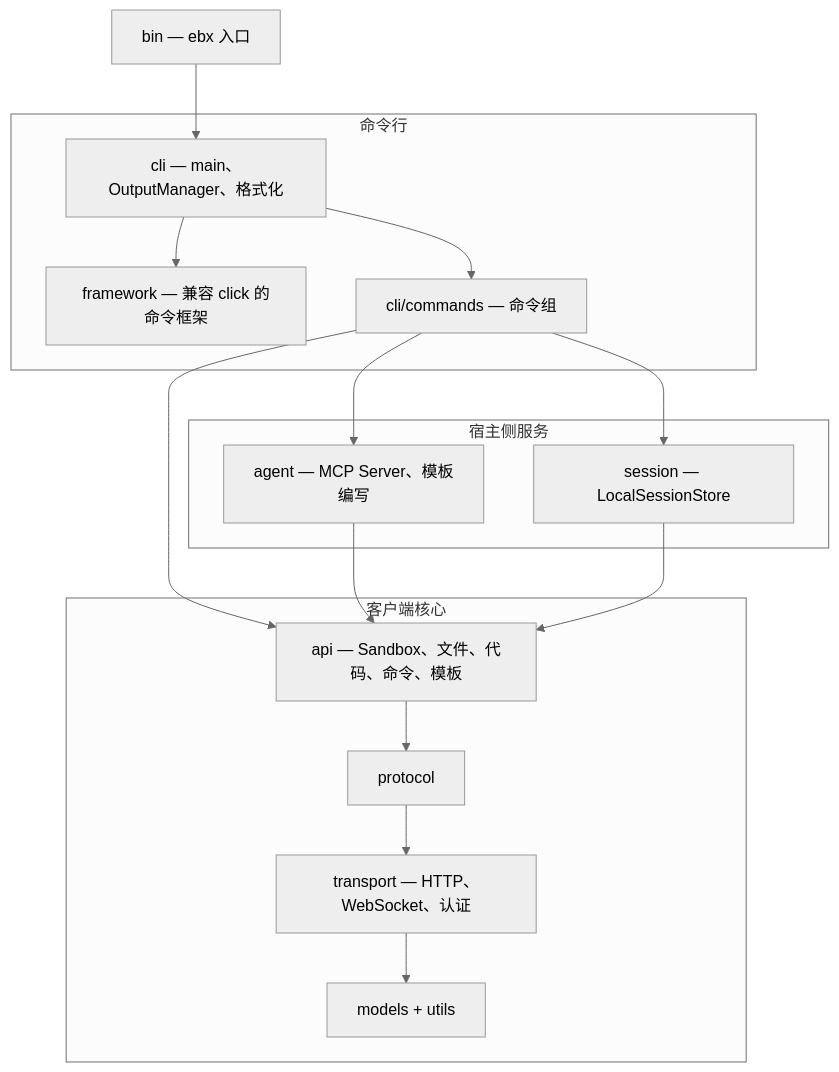
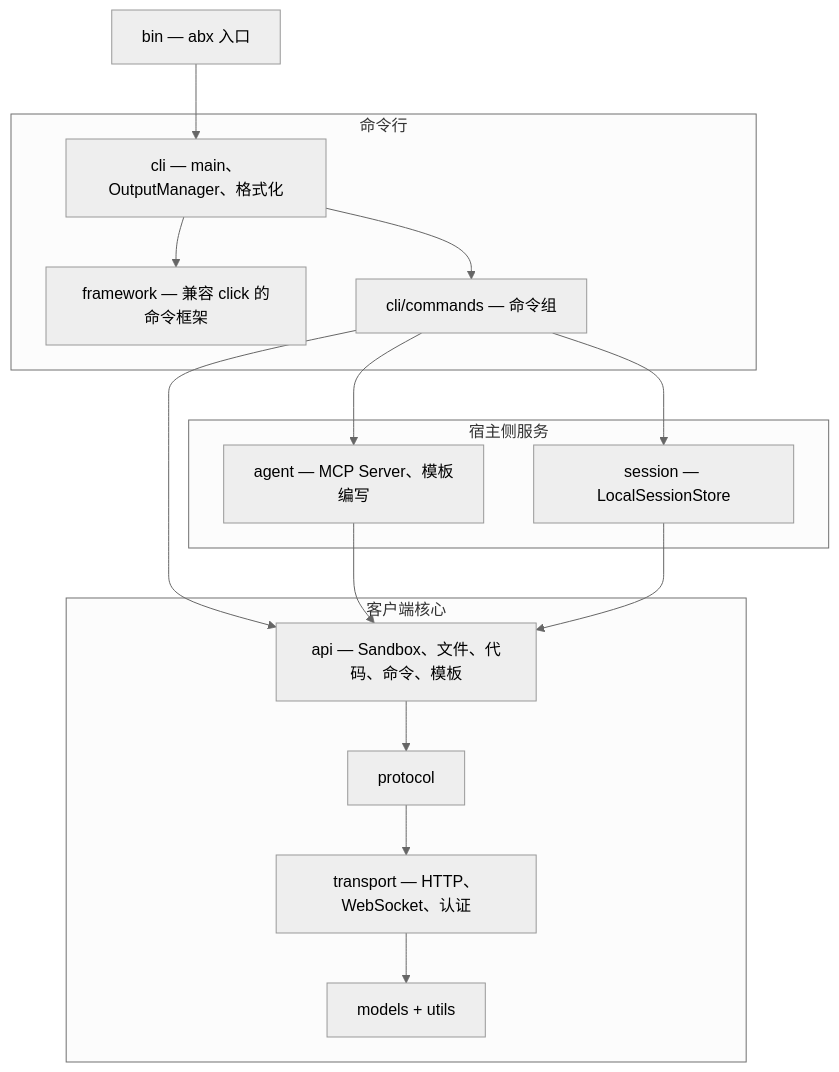
The diagram in docs/zh/DESIGN.md (Alibaba-Agent-Sandbox/agent-sandbox), drawn with Mermaid (neutral theme) before and after one commit. The commit also changed other lines of this file and 644 other files, not shown here.

````diff
--- a/docs/zh/DESIGN.md
+++ b/docs/zh/DESIGN.md
@@ -34,27 +34,27 @@
 ```mermaid
 graph TB
-    BIN["bin — ebx 入口"]
+    BIN["bin — abx 入口"]
     subgraph Front["命令行"]
         FW["framework — 兼容 click 的命令框架"]
         CLI["cli — main、OutputManager、格式化"]
         CMD["cli/commands — 命令组"]
     end
     subgraph Services["宿主侧服务"]
         AG["agent — MCP Server、模板编写"]
         SES["session — LocalSessionStore"]
     end
     subgraph Core["客户端核心"]
         API["api — Sandbox、文件、代码、命令、模板"]
         PRO["protocol"]
         TRA["transport — HTTP、WebSocket、认证"]
         MOD["models + utils"]
     end
     BIN --> CLI --> FW
     CLI --> CMD
     CMD --> AG
     CMD --> SES
     CMD --> API
     AG --> API
     SES --> API
     API --> PRO --> TRA --> MOD
 ```
````
